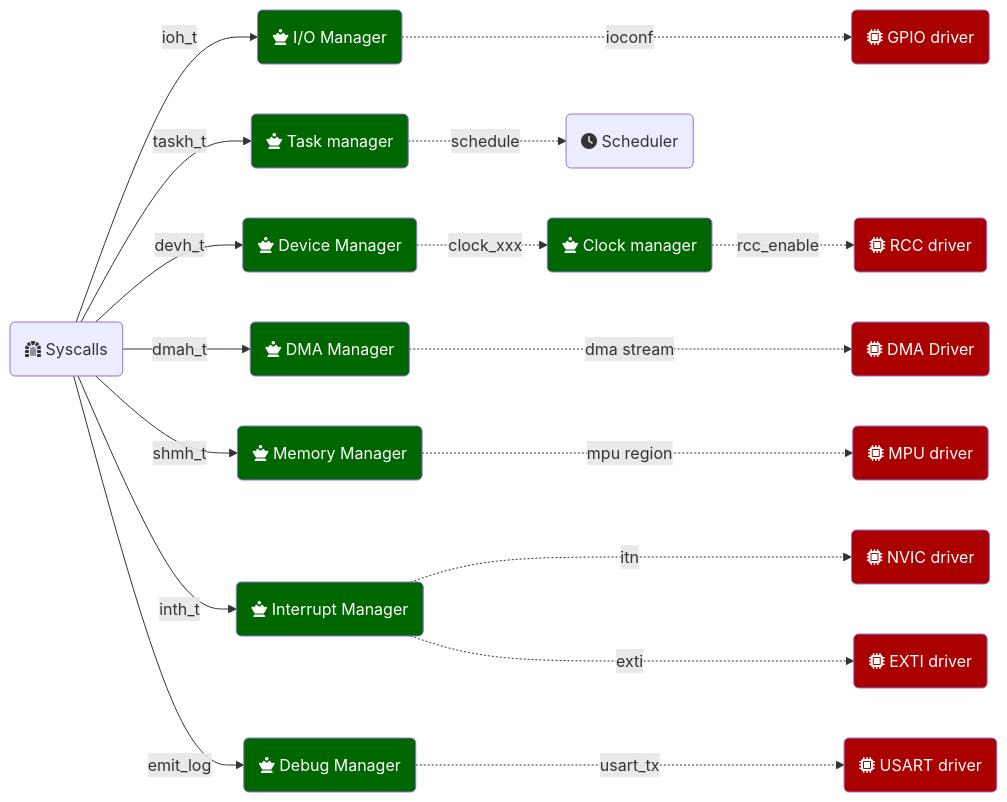
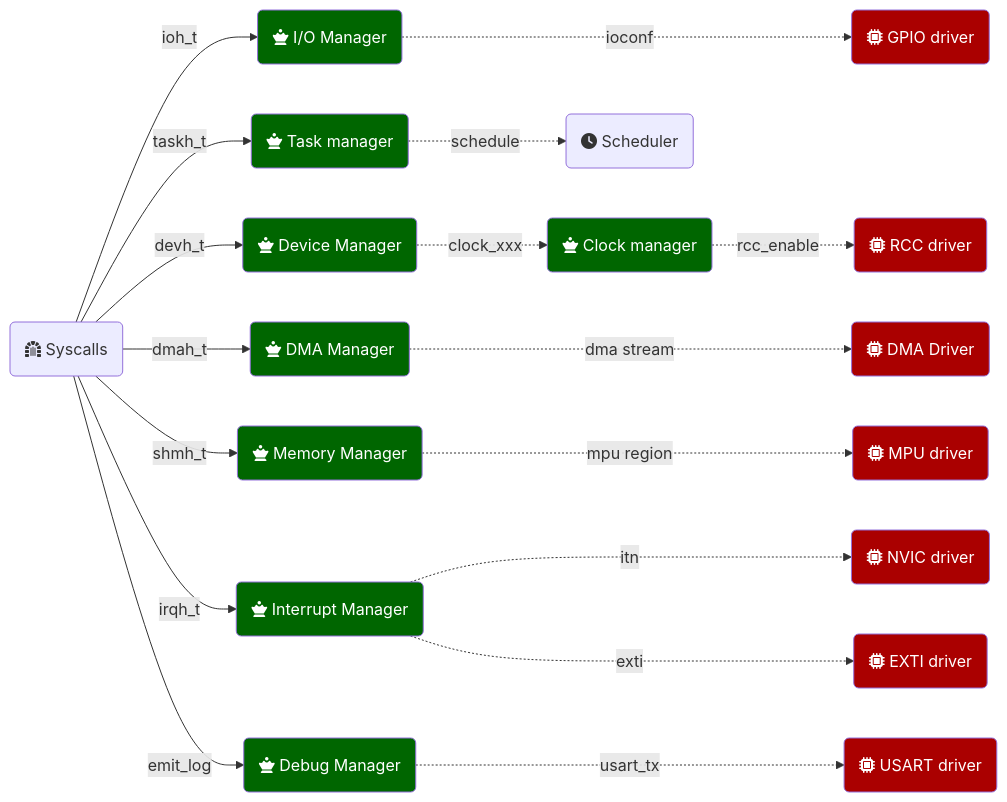
Before and after one commit to outpost-os/sentry-kernel: the diagram in doc/concepts/_static/figures/managers.mermaid, drawn with Mermaid. The commit also changed 4 other files, not shown here.

Commit message:
finishing irq doc, fix inth_t with irqh_t

```diff
--- a/doc/concepts/_static/figures/managers.mermaid
+++ b/doc/concepts/_static/figures/managers.mermaid
@@ -1,21 +1,21 @@
 flowchart LR
     A(fa:fa-dungeon Syscalls) -->|ioh_t| B(fa:fa-chess-queen I/O Manager):::manager
     A -->|devh_t| C(fa:fa-chess-queen Device Manager):::manager
     A -->|dmah_t| D(fa:fa-chess-queen DMA Manager):::manager
     A -->|shmh_t| E(fa:fa-chess-queen Memory Manager):::manager
-    A -->|inth_t| F(fa:fa-chess-queen Interrupt Manager):::manager
+    A -->|irqh_t| F(fa:fa-chess-queen Interrupt Manager):::manager
     A -->|emit_log| G(fa:fa-chess-queen Debug Manager):::manager
     C .->|clock_xxx| H(fa:fa-chess-queen Clock manager):::manager
     A -->|taskh_t| I(fa:fa-chess-queen Task manager):::manager
 
     F -..->|itn| M(fa:fa-microchip NVIC driver):::bsp
     F -..->|exti| N(fa:fa-microchip EXTI driver):::bsp
     E -..->|mpu region| O(fa:fa-microchip MPU driver):::bsp
     D -..->|dma stream| P(fa:fa-microchip DMA Driver):::bsp
     B -..->|ioconf| Q(fa:fa-microchip GPIO driver):::bsp
     G -..->|usart_tx| R(fa:fa-microchip USART driver):::bsp
     H -.->|rcc_enable| S(fa:fa-microchip RCC driver):::bsp
     I .->|schedule| T(fa:fa-clock Scheduler)
 
     classDef bsp fill:#a00,color:#fff
     classDef manager fill:#060,color:#fff
```
